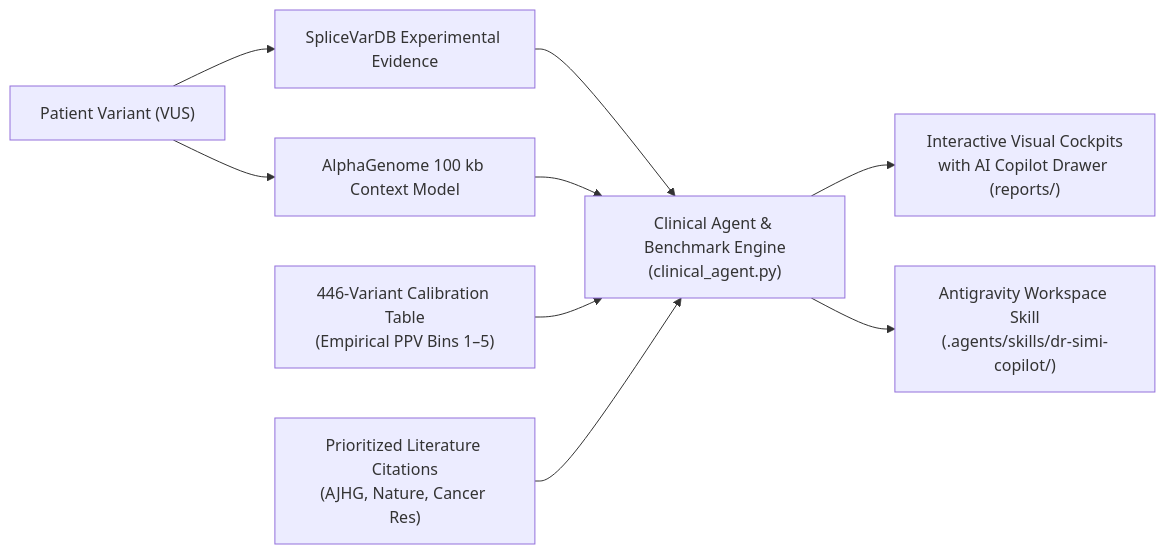
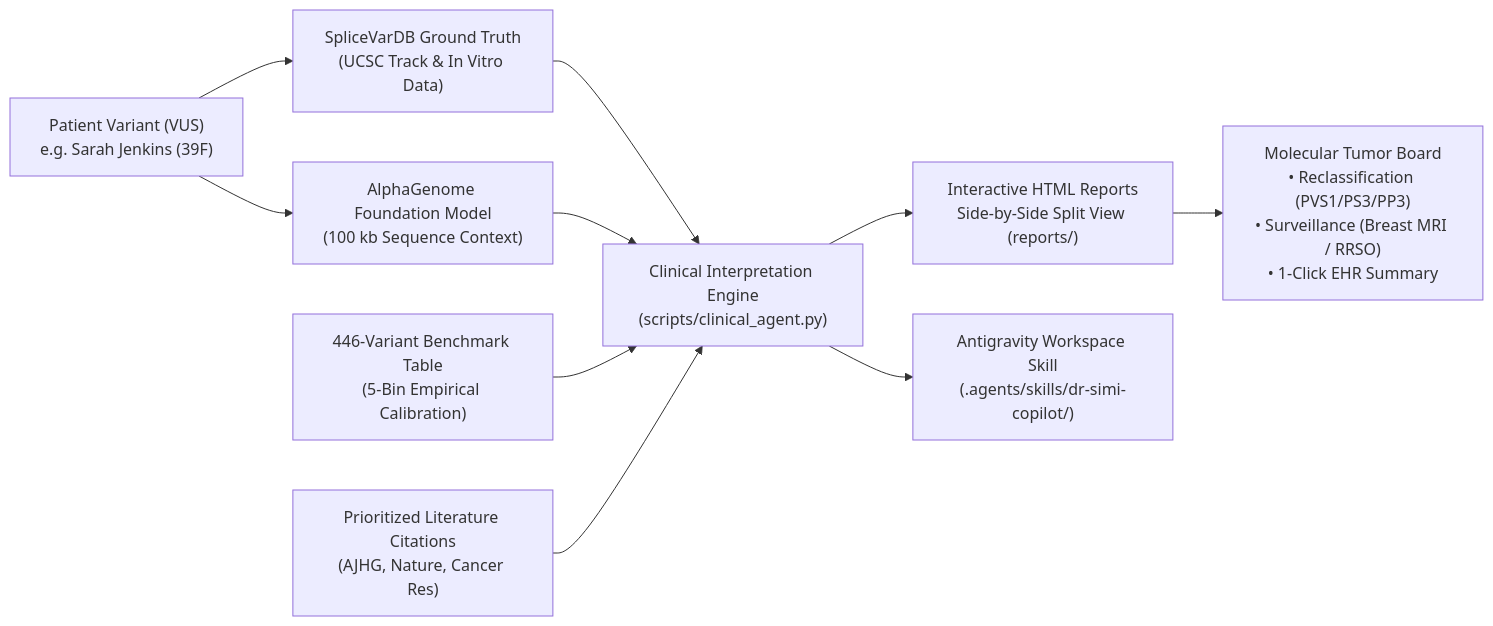
Before and after one commit to Amisor/AlphaGenome_WomenInAI: the diagram in README.md, drawn with Mermaid. The commit also changed other lines of this file and 33 other files, not shown here.

````diff
--- a/README.md
+++ b/README.md
@@ -17,11 +55,16 @@
 ```mermaid
 flowchart LR
-    A["Patient Variant (VUS)"] --> B["SpliceVarDB Experimental Evidence"]
-    A --> C["AlphaGenome 100 kb Context Model"]
-    B --> D["Clinical Agent &amp; Benchmark Engine<br/>(clinical_agent.py)"]
+    A["Patient Variant (VUS)<br/>e.g. Sarah Jenkins (39F)"] --> B["SpliceVarDB Ground Truth<br/>(UCSC Track &amp; In Vitro Data)"]
+    A --> C["AlphaGenome Foundation Model<br/>(100 kb Sequence Context)"]
+    
+    B --> D["Clinical Interpretation Engine<br/>(scripts/clinical_agent.py)"]
     C --> D
-    E["446-Variant Calibration Table<br/>(Empirical PPV Bins 1–5)"] --> D
+    
+    E["446-Variant Benchmark Table<br/>(5-Bin Empirical Calibration)"] --> D
     F["Prioritized Literature Citations<br/>(AJHG, Nature, Cancer Res)"] --> D
-    D --> G["Interactive Visual Cockpits<br/>with AI Copilot Drawer (reports/)"]
+    
+    D --> G["Interactive HTML Reports<br/>Side-by-Side Split View (reports/)"]
     D --> H["Antigravity Workspace Skill<br/>(.agents/skills/dr-simi-copilot/)"]
+    
+    G --> I["Molecular Tumor Board<br/>• Reclassification (PVS1/PS3/PP3)<br/>• Surveillance (Breast MRI / RRSO)<br/>• 1-Click EHR Summary"]
 ```
````
